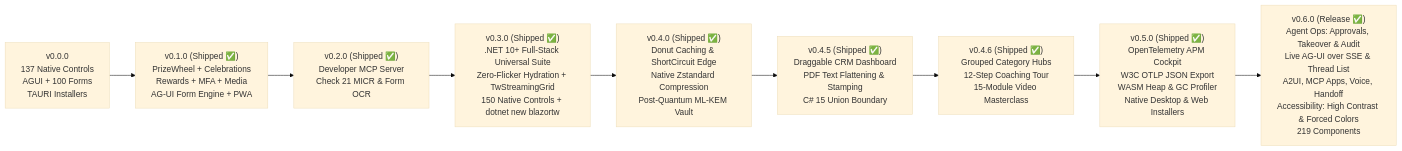
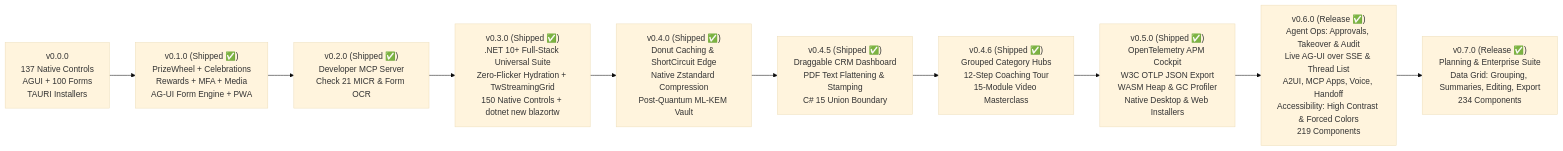
The diagram in docs/ROADMAP.md (donpotts/BlazorTailwindUI), drawn with Mermaid (base theme) before and after one commit. The commit also changed other lines of this file and 40 other files, not shown here.

````diff
--- a/docs/ROADMAP.md
+++ b/docs/ROADMAP.md
@@ -691,11 +693,12 @@
 ```mermaid
 flowchart LR
     A["v0.0.0<br/>137 Native Controls<br/>AGUI + 100 Forms<br/>TAURI Installers"] --> B["v0.1.0 (Shipped ✅)<br/>PrizeWheel + Celebrations<br/>Rewards + MFA + Media<br/>AG-UI Form Engine + PWA"]
     B --> C["v0.2.0 (Shipped ✅)<br/>Developer MCP Server<br/>Check 21 MICR & Form OCR"]
     C --> D["v0.3.0 (Shipped ✅)<br/>.NET 10+ Full-Stack Universal Suite<br/>Zero-Flicker Hydration + TwStreamingGrid<br/>150 Native Controls + dotnet new blazortw"]
     D --> E["v0.4.0 (Shipped ✅)<br/>Donut Caching & ShortCircuit Edge<br/>Native Zstandard Compression<br/>Post-Quantum ML-KEM Vault"]
     E --> F["v0.4.5 (Shipped ✅)<br/>Draggable CRM Dashboard<br/>PDF Text Flattening & Stamping<br/>C# 15 Union Boundary"]
     F --> G["v0.4.6 (Shipped ✅)<br/>Grouped Category Hubs<br/>12-Step Coaching Tour<br/>15-Module Video Masterclass"]
     G --> H["v0.5.0 (Shipped ✅)<br/>OpenTelemetry APM Cockpit<br/>W3C OTLP JSON Export<br/>WASM Heap & GC Profiler<br/>Native Desktop & Web Installers"]
     H --> I["v0.6.0 (Release ✅)<br/>Agent Ops: Approvals, Takeover & Audit<br/>Live AG-UI over SSE & Thread List<br/>A2UI, MCP Apps, Voice, Handoff<br/>Accessibility: High Contrast & Forced Colors<br/>219 Components"]
+    I --> J["v0.7.0 (Release ✅)<br/>Planning & Enterprise Suite<br/>Data Grid: Grouping, Summaries, Editing, Export<br/>234 Components"]
 ```
````
